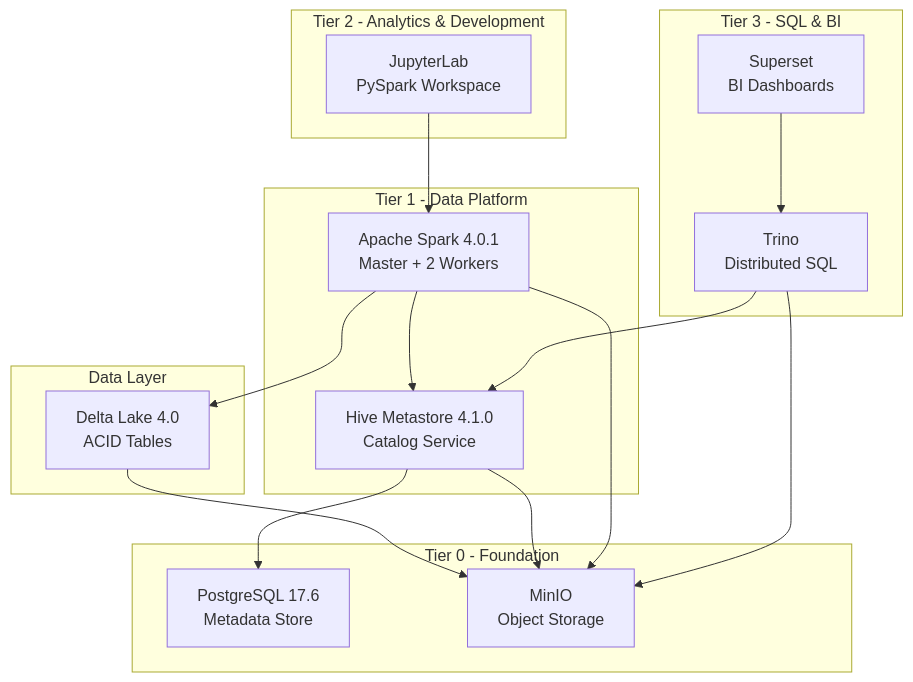
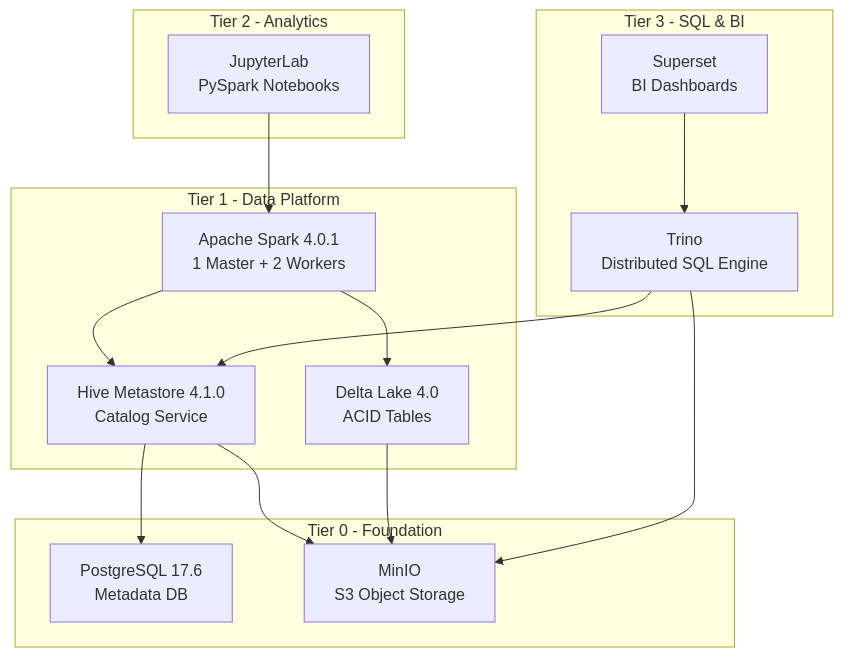
The diagram in README.md (P-Bao/FlumenData), drawn with Mermaid before and after one commit. The commit also changed other lines of this file and 2 other files, not shown here.

````diff
--- a/README.md
+++ b/README.md
@@ -46,36 +59,32 @@
 ```mermaid
 graph TB
+    subgraph "Tier 3 - SQL & BI"
+        TRINO[Trino<br/>Distributed SQL Engine]
+        SUPERSET[Superset<br/>BI Dashboards]
+    end
+
+    subgraph "Tier 2 - Analytics"
+        JUPYTER[JupyterLab<br/>PySpark Notebooks]
+    end
+
     subgraph "Tier 1 - Data Platform"
-        SPARK[Apache Spark 4.0.1<br/>Master + 2 Workers]
+        SPARK[Apache Spark 4.0.1<br/>1 Master + 2 Workers]
         HIVE[Hive Metastore 4.1.0<br/>Catalog Service]
+        DELTA[Delta Lake 4.0<br/>ACID Tables]
     end
 
     subgraph "Tier 0 - Foundation"
-        POSTGRES[PostgreSQL 17.6<br/>Metadata Store]
-        MINIO[MinIO<br/>Object Storage]
+        POSTGRES[PostgreSQL 17.6<br/>Metadata DB]
+        MINIO[MinIO<br/>S3 Object Storage]
     end
 
-    subgraph "Data Layer"
-        DELTA[Delta Lake 4.0<br/>ACID Tables]
-    end
-
-    subgraph "Tier 2 - Analytics & Development"
-        JUPYTER[JupyterLab<br/>PySpark Workspace]
-    end
-
-    subgraph "Tier 3 - SQL & BI"
-        TRINO[Trino<br/>Distributed SQL]
-        SUPERSET[Superset<br/>BI Dashboards]
-    end
-
+    SUPERSET --> TRINO
+    TRINO --> HIVE
+    TRINO --> MINIO
+    JUPYTER --> SPARK
     SPARK --> HIVE
     SPARK --> DELTA
     DELTA --> MINIO
     HIVE --> POSTGRES
     HIVE --> MINIO
-    SPARK --> MINIO
-    JUPYTER --> SPARK
-    TRINO --> HIVE
-    TRINO --> MINIO
-    SUPERSET --> TRINO
 ```
````
